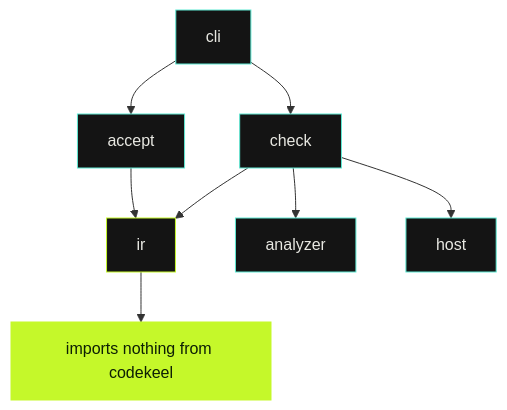
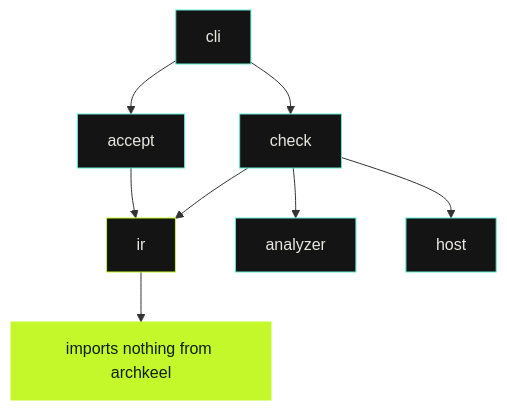
One commit to rapiddweller/archkeel changed the third of 3 diagrams in README.md. Above: the diagram before and after it, drawn with Mermaid. The commit also changed other lines of this file and 140 other files, not shown here.

First line of the commit message:
Rename Codekeel to Archkeel

````diff
--- a/README.md
+++ b/README.md
@@ -282,18 +283,18 @@
 ```mermaid
 flowchart TB
     CLI["cli"] --> CHECK["check"]
     CLI --> ACCEPT["accept"]
     CHECK --> IR["ir"]
     CHECK --> PRODUCER["analyzer"]
     CHECK --> HOST["host"]
     ACCEPT --> IR
-    IR --> RULE["imports nothing from codekeel"]
+    IR --> RULE["imports nothing from archkeel"]
 
     classDef module fill:#141414,stroke:#5EEAD4,color:#E8E8E2
     classDef core fill:#141414,stroke:#C5F82A,color:#E8E8E2
     classDef invariant fill:#C5F82A,stroke:#C5F82A,color:#0D1F05
 
     class CLI,CHECK,ACCEPT,PRODUCER,HOST module
     class IR core
     class RULE invariant
 ```
````
